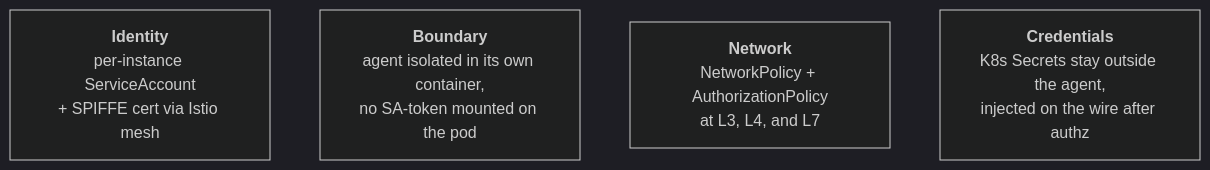
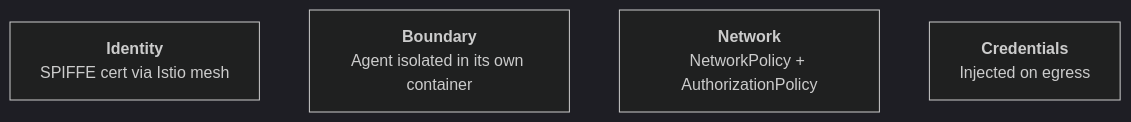
The first of 2 diagrams in docs/strategy/security-overview.md (dam-agents/dam), drawn with Mermaid (dark theme) before and after one commit.

Commit message:
docs: simplify Layers of Defence chart labels

````diff
--- a/docs/strategy/security-overview.md
+++ b/docs/strategy/security-overview.md
@@ -8,8 +8,8 @@
 ```mermaid
 flowchart LR
-  L1["<b>Identity</b><br/>per-instance ServiceAccount<br/>+ SPIFFE cert via Istio mesh"]
-  L2["<b>Boundary</b><br/>agent isolated in its own container,<br/>no SA-token mounted on the pod"]
-  L3["<b>Network</b><br/>NetworkPolicy + AuthorizationPolicy<br/>at L3, L4, and L7"]
-  L4["<b>Credentials</b><br/>K8s Secrets stay outside the agent,<br/>injected on the wire after authz"]
+  L1["<b>Identity</b><br/>SPIFFE cert via Istio mesh"]
+  L2["<b>Boundary</b><br/>Agent isolated in its own container"]
+  L3["<b>Network</b><br/>NetworkPolicy + AuthorizationPolicy"]
+  L4["<b>Credentials</b><br/>Injected on egress"]
   L1 ~~~ L2 ~~~ L3 ~~~ L4
 ```
````
